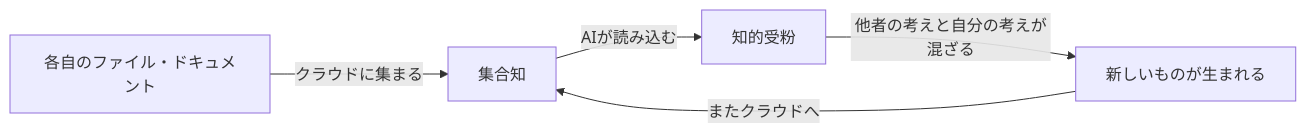
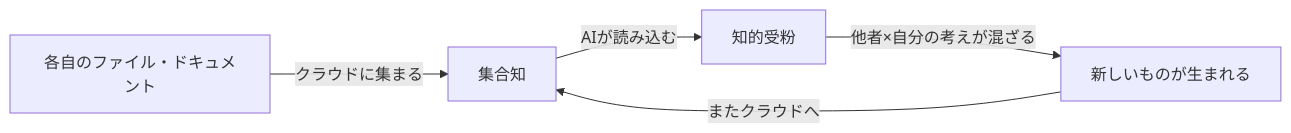
The fifth of 6 diagrams in 第3回_かえつ有明AI研修.md (VOMOYA/kaetsu-ai-kenshu), drawn with Mermaid before and after one commit. The commit also changed other lines of this file, not shown here.

````diff
--- a/第3回_かえつ有明AI研修.md
+++ b/第3回_かえつ有明AI研修.md
@@ -261,7 +270,7 @@
 ```mermaid
 graph LR
   A[各自のファイル・ドキュメント] -->|クラウドに集まる| B[集合知]
   B -->|AIが読み込む| C[知的受粉]
-  C -->|他者の考えと自分の考えが混ざる| D[新しいものが生まれる]
+  C -->|他者×自分の考えが混ざる| D[新しいものが生まれる]
   D -->|またクラウドへ| B
 ```
````
